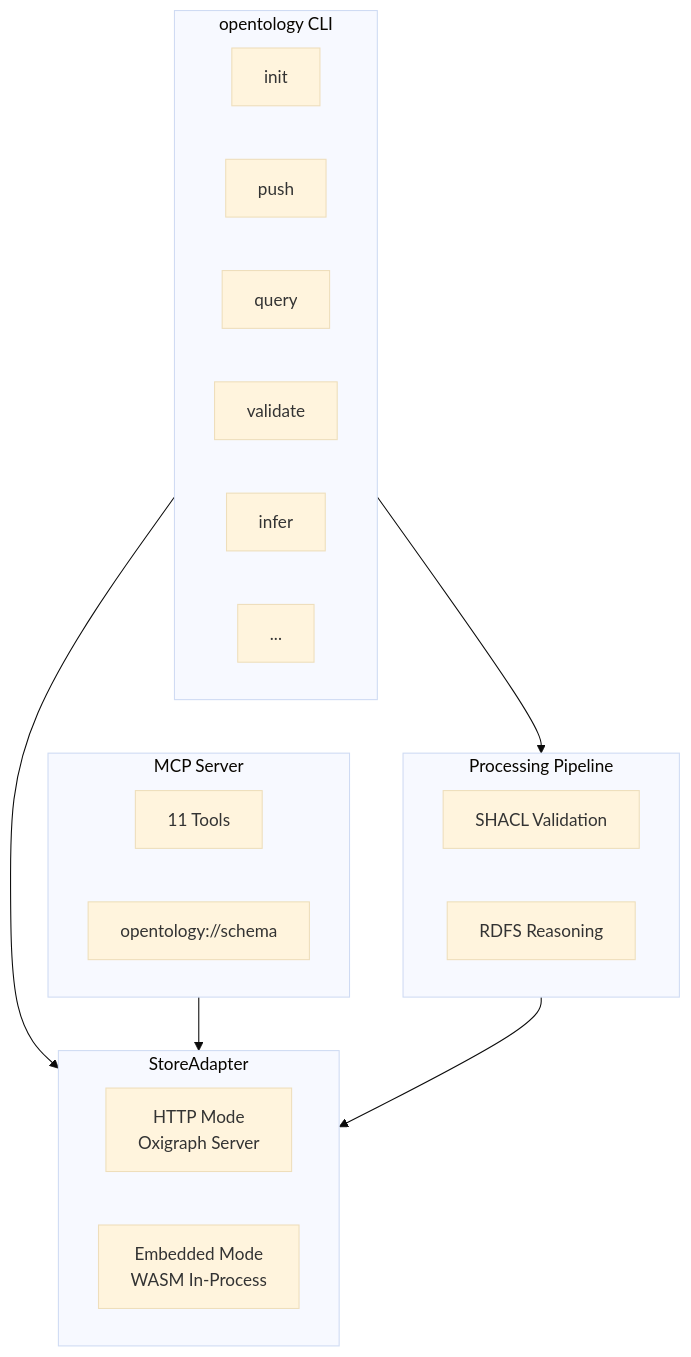
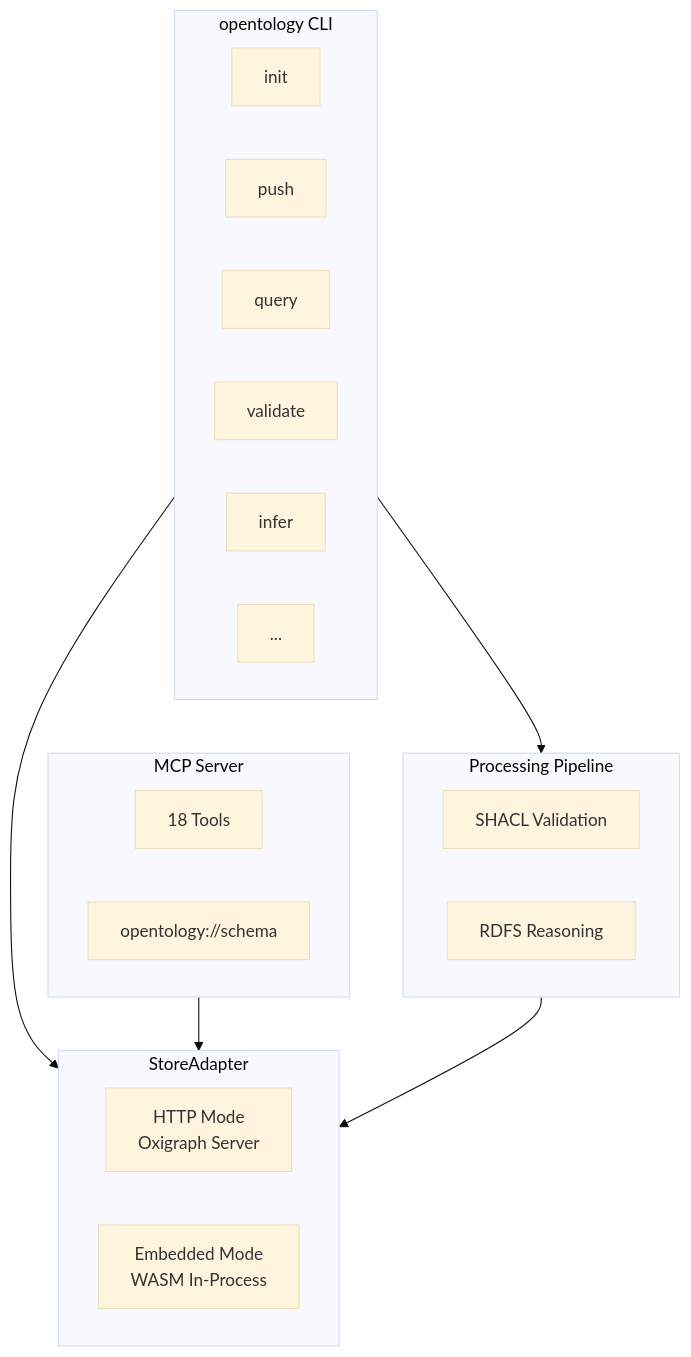
One commit to Younkyum/opentology changed the first of 6 diagrams in README.md. Above: the diagram before and after it, drawn with Mermaid (base theme). The commit also changed other lines of this file and 12 other files, not shown here.

````diff
--- a/README.md
+++ b/README.md
@@ -13,31 +13,31 @@
 ```mermaid
 graph TB
     subgraph CLI["opentology CLI"]
         Init[init]
         Push[push]
         Query[query]
         Validate[validate]
         Infer[infer]
         More[...]
     end
 
     subgraph MCP["MCP Server"]
-        Tools[11 Tools]
+        Tools[18 Tools]
         Resource["opentology://schema"]
     end
 
     subgraph Adapter["StoreAdapter"]
         HTTP["HTTP Mode\nOxigraph Server"]
         Embedded["Embedded Mode\nWASM In-Process"]
     end
 
     subgraph Pipeline["Processing Pipeline"]
         SHACL["SHACL Validation"]
         RDFS["RDFS Reasoning"]
     end
 
     CLI --> Adapter
     MCP --> Adapter
     CLI --> Pipeline
     Pipeline --> Adapter
 ```
````
